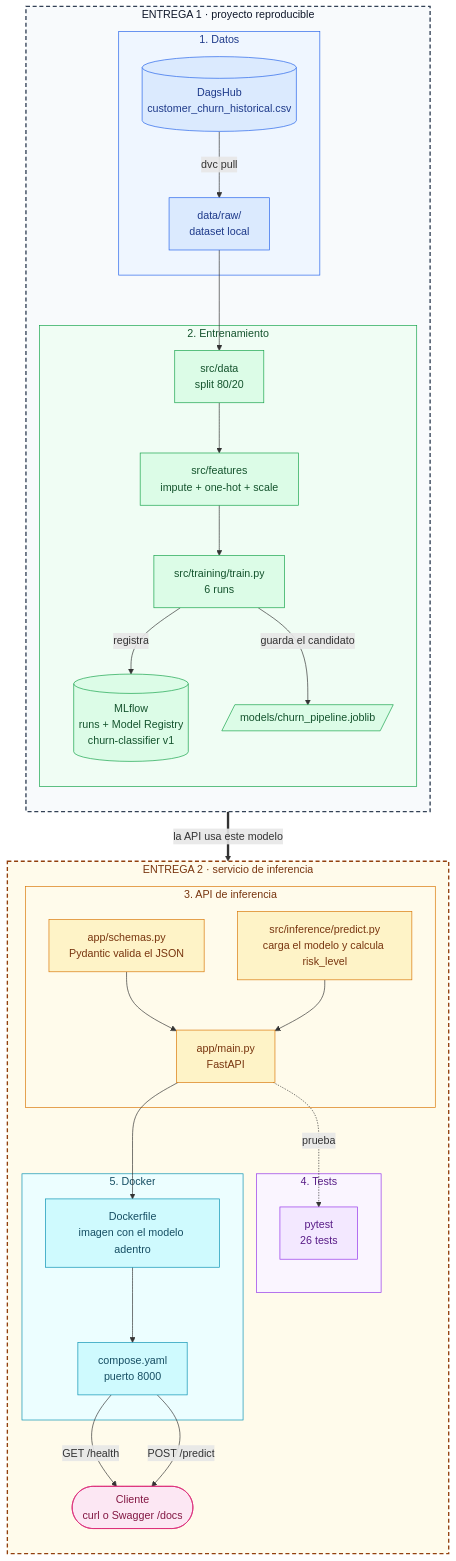
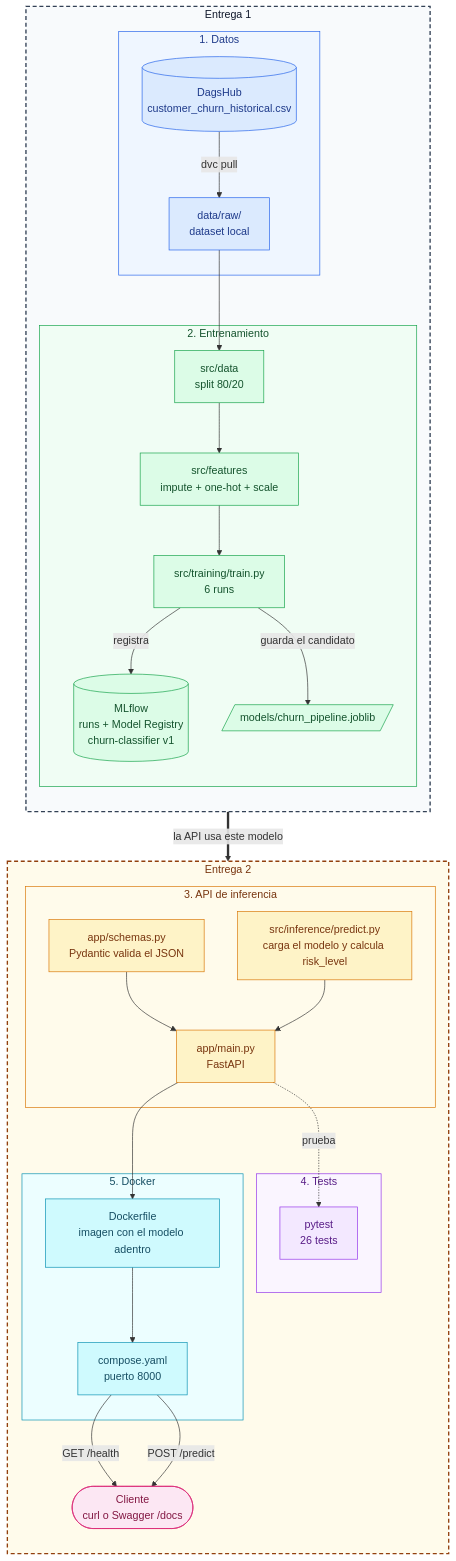
The diagram in README.md (javi2481/customer-churn-ml-j-a), drawn with Mermaid before and after one commit.

Commit message:
docs: simplificar titulos de las entregas en el diagrama

````diff
--- a/README.md
+++ b/README.md
@@ -20,72 +20,72 @@
 ```mermaid
 flowchart TD
-    subgraph E1["ENTREGA 1 · proyecto reproducible"]
+    subgraph E1["Entrega 1"]
         direction TB
         subgraph DATOS["1. Datos"]
             A[("DagsHub<br/>customer_churn_historical.csv")]
             B["data/raw/<br/>dataset local"]
         end
 
         subgraph ENTRENAMIENTO["2. Entrenamiento"]
             C["src/data<br/>split 80/20"]
             D["src/features<br/>impute + one-hot + scale"]
             E["src/training/train.py<br/>6 runs"]
             F[("MLflow<br/>runs + Model Registry<br/>churn-classifier v1")]
             G[/"models/churn_pipeline.joblib"/]
         end
     end
 
-    subgraph E2["ENTREGA 2 · servicio de inferencia"]
+    subgraph E2["Entrega 2"]
         direction TB
         subgraph API["3. API de inferencia"]
             H["src/inference/predict.py<br/>carga el modelo y calcula risk_level"]
             I["app/schemas.py<br/>Pydantic valida el JSON"]
             J["app/main.py<br/>FastAPI"]
         end
 
         subgraph TESTS["4. Tests"]
             K["pytest<br/>26 tests"]
         end
 
         subgraph DOCKER["5. Docker"]
             L["Dockerfile<br/>imagen con el modelo adentro"]
             M["compose.yaml<br/>puerto 8000"]
         end
 
         N(["Cliente<br/>curl o Swagger /docs"])
     end
 
     A -->|dvc pull| B
     B --> C --> D --> E
     E -->|registra| F
     E -->|guarda el candidato| G
     G ==>|la API usa este modelo| H
     I --> J
     H --> J
     J -.->|prueba| K
     J --> L --> M
     M -->|GET /health| N
     M -->|POST /predict| N
 
     classDef datos fill:#dbeafe,stroke:#2563eb,color:#1e3a8a
     classDef train fill:#dcfce7,stroke:#16a34a,color:#14532d
     classDef api fill:#fef3c7,stroke:#d97706,color:#78350f
     classDef tests fill:#f3e8ff,stroke:#9333ea,color:#581c87
     classDef docker fill:#cffafe,stroke:#0891b2,color:#164e63
     classDef cliente fill:#fce7f3,stroke:#db2777,color:#831843
 
     class A,B datos
     class C,D,E,F,G train
     class H,I,J api
     class K tests
     class L,M docker
     class N cliente
 
     style E1 fill:#f8fafc,stroke:#334155,stroke-width:2px,stroke-dasharray:6 4,color:#0f172a
     style E2 fill:#fffbeb,stroke:#92400e,stroke-width:2px,stroke-dasharray:6 4,color:#78350f
     style DATOS fill:#eff6ff,stroke:#2563eb,color:#1e3a8a
     style ENTRENAMIENTO fill:#f0fdf4,stroke:#16a34a,color:#14532d
     style API fill:#fffbeb,stroke:#d97706,color:#78350f
     style TESTS fill:#faf5ff,stroke:#9333ea,color:#581c87
     style DOCKER fill:#ecfeff,stroke:#0891b2,color:#164e63
 ```
````
